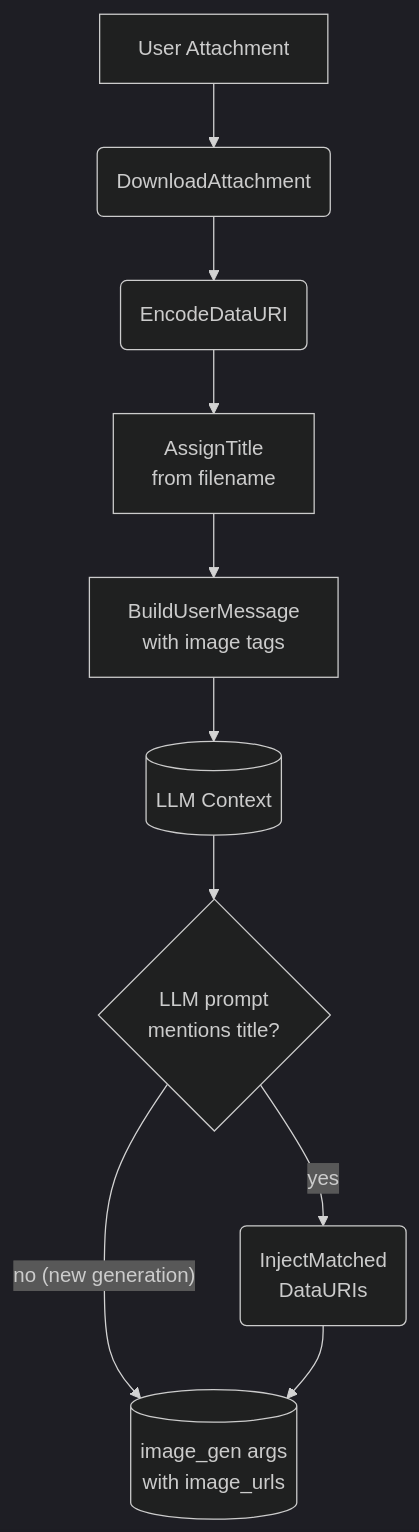
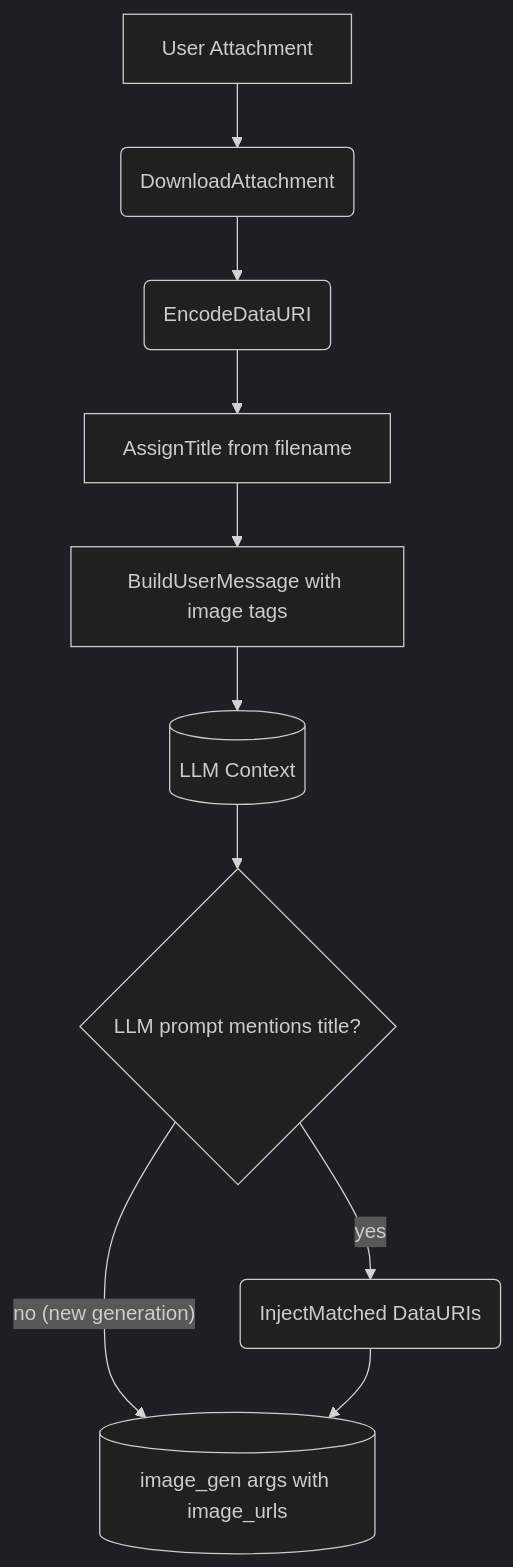
One commit to cosmoswafer/rockbot changed the fourth of 4 diagrams in _dfds/tools/image-gen.md. Above: the diagram before and after it, drawn with Mermaid (dark theme). The commit also changed other lines of this file and 7 other files, not shown here.

````diff
--- a/_dfds/tools/image-gen.md
+++ b/_dfds/tools/image-gen.md
@@ -128,22 +109,22 @@
 ```mermaid
 flowchart TD
     RC_ATT[User Attachment]
     DLOAD(DownloadAttachment)
     ENCODE(EncodeDataURI)
-    LABEL[AssignTitle<br/>from filename]
-    BUILD_MSG["BuildUserMessage<br/>with image tags"]
+    LABEL[AssignTitle from filename]
+    BUILD_MSG["BuildUserMessage with image tags"]
     LLM_CTX[(LLM Context)]
-    GEN_PROMPT{LLM prompt<br/>mentions title?}
-    INJECT(InjectMatched<br/>DataURIs)
-    TOOL_ARGS[(image_gen args<br/>with image_urls)]
+    GEN_PROMPT{LLM prompt mentions title?}
+    INJECT(InjectMatched DataURIs)
+    TOOL_ARGS[(image_gen args with image_urls)]
 
     RC_ATT --> DLOAD
     DLOAD --> ENCODE
     ENCODE --> LABEL
     LABEL --> BUILD_MSG
     BUILD_MSG --> LLM_CTX
     LLM_CTX --> GEN_PROMPT
     GEN_PROMPT -->|"yes"| INJECT
     GEN_PROMPT -->|"no (new generation)"| TOOL_ARGS
     INJECT --> TOOL_ARGS
 ```
````
